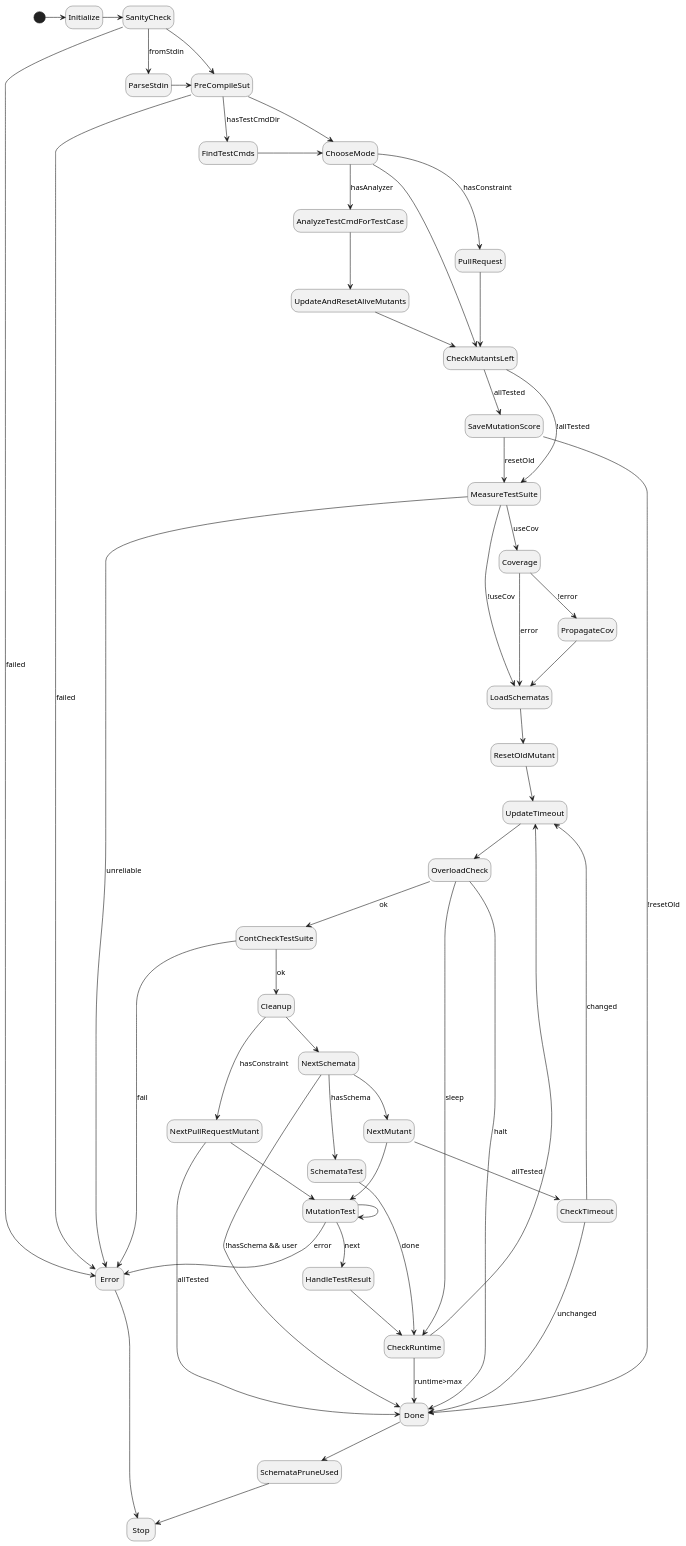
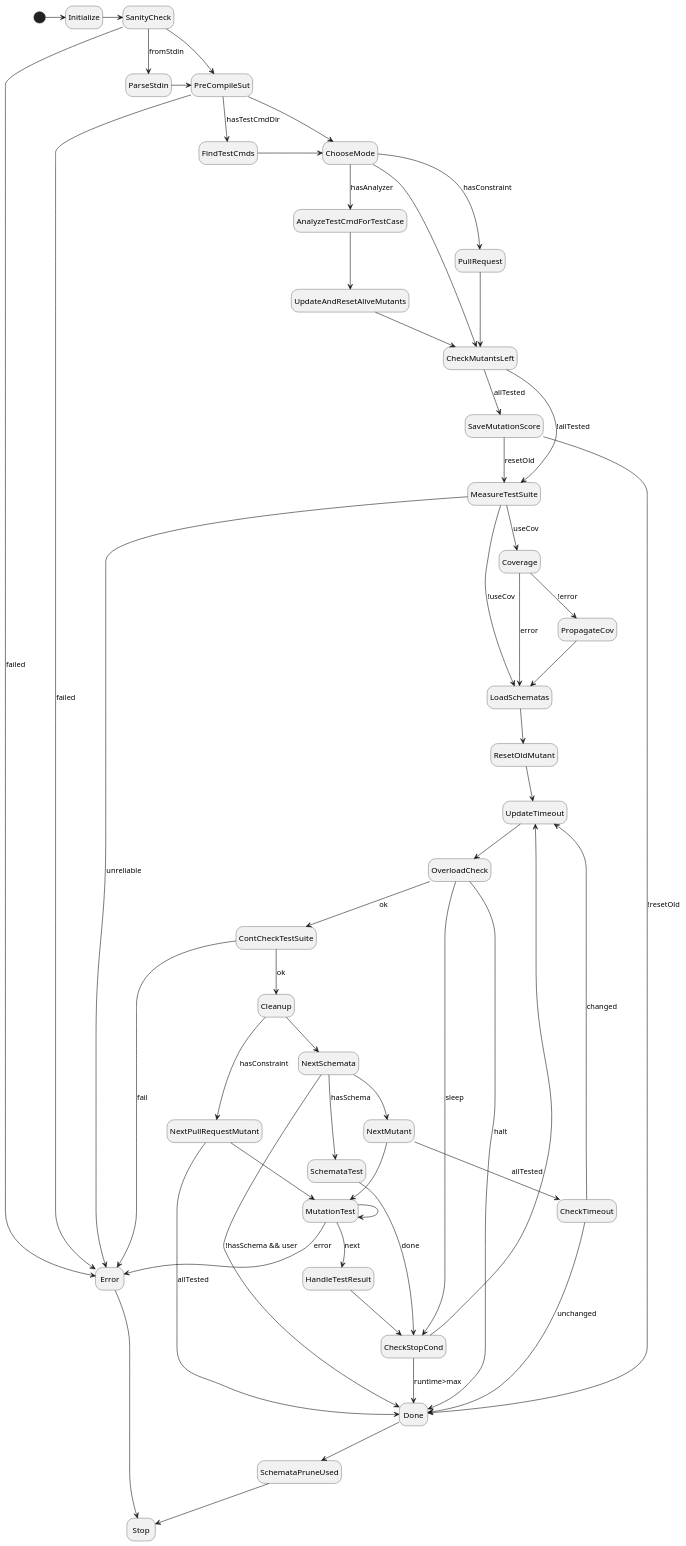
One commit to joakim-brannstrom/dextool changed the diagram in plugin/mutate/doc/design/figures/test_mutant_fsm.pu. Above: the diagram before and after it, drawn with PlantUML. The commit also changed 2 other files, not shown here.

Commit message:
mutate: improve overload and halt check
Avoid doing heavy, slow work if the system is overloaded when the plugin
starts. Just terminate fast.

Improve the text message to the user for why the tool has stopped.

```diff
--- a/plugin/mutate/doc/design/figures/test_mutant_fsm.pu
+++ b/plugin/mutate/doc/design/figures/test_mutant_fsm.pu
@@ -1,86 +1,86 @@
 @startuml
 hide empty description
 
 [*] -> Initialize
 
 Initialize -> SanityCheck
 
 SanityCheck --> Error : failed
 SanityCheck --> ParseStdin : fromStdin
 SanityCheck -> PreCompileSut
 
 ParseStdin -> PreCompileSut
 
 PreCompileSut --> Error : failed
 PreCompileSut --> FindTestCmds : hasTestCmdDir
 PreCompileSut --> ChooseMode
 
 FindTestCmds -> ChooseMode
 
 ChooseMode --> AnalyzeTestCmdForTestCase : hasAnalyzer
 ChooseMode --> PullRequest : hasConstraint
 ChooseMode --> CheckMutantsLeft
 
 PullRequest -> CheckMutantsLeft
 
 AnalyzeTestCmdForTestCase --> UpdateAndResetAliveMutants
 
 UpdateAndResetAliveMutants --> CheckMutantsLeft
 
 UpdateTimeout --> OverloadCheck
 
-OverloadCheck --> CheckRuntime : sleep
+OverloadCheck --> CheckStopCond : sleep
 OverloadCheck --> Done : halt
 OverloadCheck --> ContCheckTestSuite : ok
 
 ContCheckTestSuite --> Cleanup : ok
 ContCheckTestSuite --> Error : fail
 
 Cleanup --> NextSchemata
 Cleanup --> NextPullRequestMutant : hasConstraint
 
 CheckMutantsLeft --> SaveMutationScore : allTested
 CheckMutantsLeft --> MeasureTestSuite : !allTested
 
 SaveMutationScore --> Done : !resetOld
 SaveMutationScore --> MeasureTestSuite : resetOld
 
 MeasureTestSuite --> Error : unreliable
 MeasureTestSuite --> Coverage : useCov
 MeasureTestSuite --> LoadSchematas : !useCov
 
 Coverage --> PropagateCov : !error
 Coverage --> LoadSchematas : error
 PropagateCov --> LoadSchematas
 
 LoadSchematas --> ResetOldMutant
 
 ResetOldMutant --> UpdateTimeout
 
-CheckRuntime --> UpdateTimeout
-CheckRuntime --> Done : runtime>max
+CheckStopCond --> UpdateTimeout
+CheckStopCond --> Done : runtime>max
 
 NextPullRequestMutant --> MutationTest
 NextPullRequestMutant --> Done : allTested
 
 NextSchemata --> SchemataTest : hasSchema
 NextSchemata --> Done : !hasSchema && user
 NextSchemata --> NextMutant
-SchemataTest --> CheckRuntime : done
+SchemataTest --> CheckStopCond : done
 
 NextMutant --> CheckTimeout : allTested
 NextMutant --> MutationTest
 MutationTest --> HandleTestResult : next
 MutationTest --> Error : error
 MutationTest --> MutationTest
 
-HandleTestResult --> CheckRuntime
+HandleTestResult --> CheckStopCond
 
 CheckTimeout --> Done : unchanged
 CheckTimeout --> UpdateTimeout : changed
 
 Done --> SchemataPruneUsed
 SchemataPruneUsed --> Stop
 
 Error --> Stop
 @enduml
```
